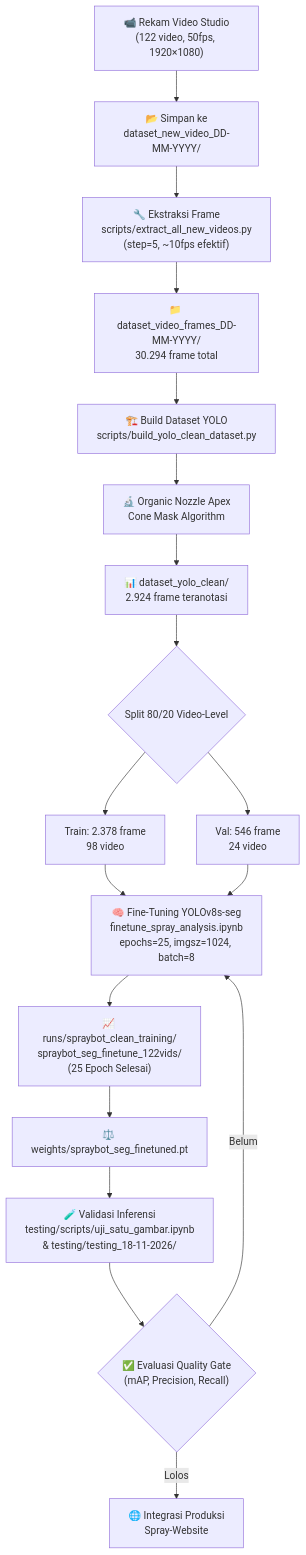
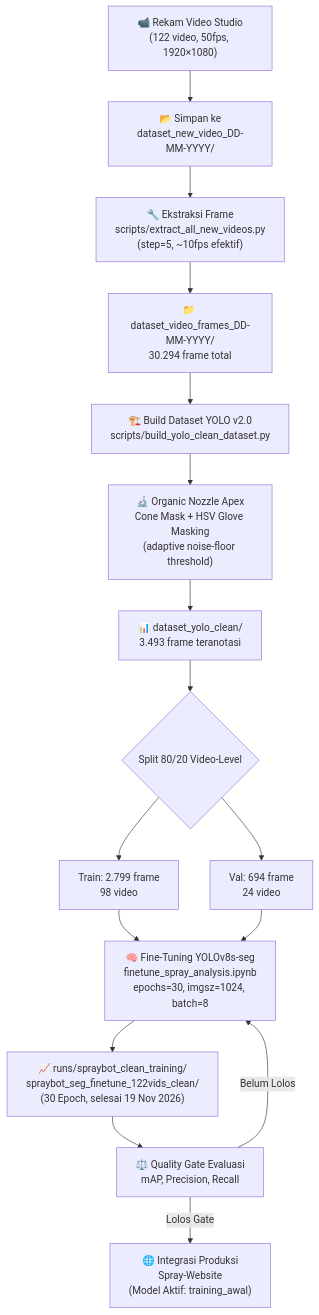
One commit to SatriaDivo/ai-analisis-paragon changed the diagram in README.md. Above: the diagram before and after it, drawn with Mermaid. The commit also changed other lines of this file and 7 other files, not shown here.

Commit message:
docs: perbarui seluruh file README sesuai model aktif (training_awal) dan dataset v2.0 (3.493 frame)

````diff
--- a/README.md
+++ b/README.md
@@ -79,20 +79,18 @@
 ```mermaid
 flowchart TD
     A["📹 Rekam Video Studio\n(122 video, 50fps, 1920×1080)"] --> B["📂 Simpan ke\ndataset_new_video_DD-MM-YYYY/"]
     B --> C["🔧 Ekstraksi Frame\nscripts/extract_all_new_videos.py\n(step=5, ~10fps efektif)"]
     C --> D["📁 dataset_video_frames_DD-MM-YYYY/\n30.294 frame total"]
-    D --> E["🏗️ Build Dataset YOLO\nscripts/build_yolo_clean_dataset.py"]
-    E --> F["🔬 Organic Nozzle Apex\nCone Mask Algorithm"]
-    F --> G["📊 dataset_yolo_clean/\n2.924 frame teranotasi"]
+    D --> E["🏗️ Build Dataset YOLO v2.0\nscripts/build_yolo_clean_dataset.py"]
+    E --> F["🔬 Organic Nozzle Apex\nCone Mask + HSV Glove Masking\n(adaptive noise-floor threshold)"]
+    F --> G["📊 dataset_yolo_clean/\n3.493 frame teranotasi"]
     G --> H{"Split 80/20 Video-Level"}
-    H --> I["Train: 2.378 frame\n98 video"]
-    H --> J["Val: 546 frame\n24 video"]
-    I --> K["🧠 Fine-Tuning YOLOv8s-seg\nfinetune_spray_analysis.ipynb\nepochs=25, imgsz=1024, batch=8"]
+    H --> I["Train: 2.799 frame\n98 video"]
+    H --> J["Val: 694 frame\n24 video"]
+    I --> K["🧠 Fine-Tuning YOLOv8s-seg\nfinetune_spray_analysis.ipynb\nepochs=30, imgsz=1024, batch=8"]
     J --> K
-    K --> L["📈 runs/spraybot_clean_training/\nspraybot_seg_finetune_122vids/\n(25 Epoch Selesai)"]
-    L --> M["⚖️ weights/spraybot_seg_finetuned.pt"]
-    M --> N["🧪 Validasi Inferensi\ntesting/scripts/uji_satu_gambar.ipynb\n& testing/testing_18-11-2026/"]
-    N --> O{"✅ Evaluasi Quality Gate\n(mAP, Precision, Recall)"}
-    O -- Lolos --> P["🌐 Integrasi Produksi\nSpray-Website"]
-    O -- Belum --> K
+    K --> L["📈 runs/spraybot_clean_training/\nspraybot_seg_finetune_122vids_clean/\n(30 Epoch, selesai 19 Nov 2026)"]
+    L --> M["⚖️ Quality Gate Evaluasi\nmAP, Precision, Recall"]
+    M -- "Lolos Gate" --> P["🌐 Integrasi Produksi\nSpray-Website\n(Model Aktif: training_awal)"]
+    M -- "Belum Lolos" --> K
 ```
````
